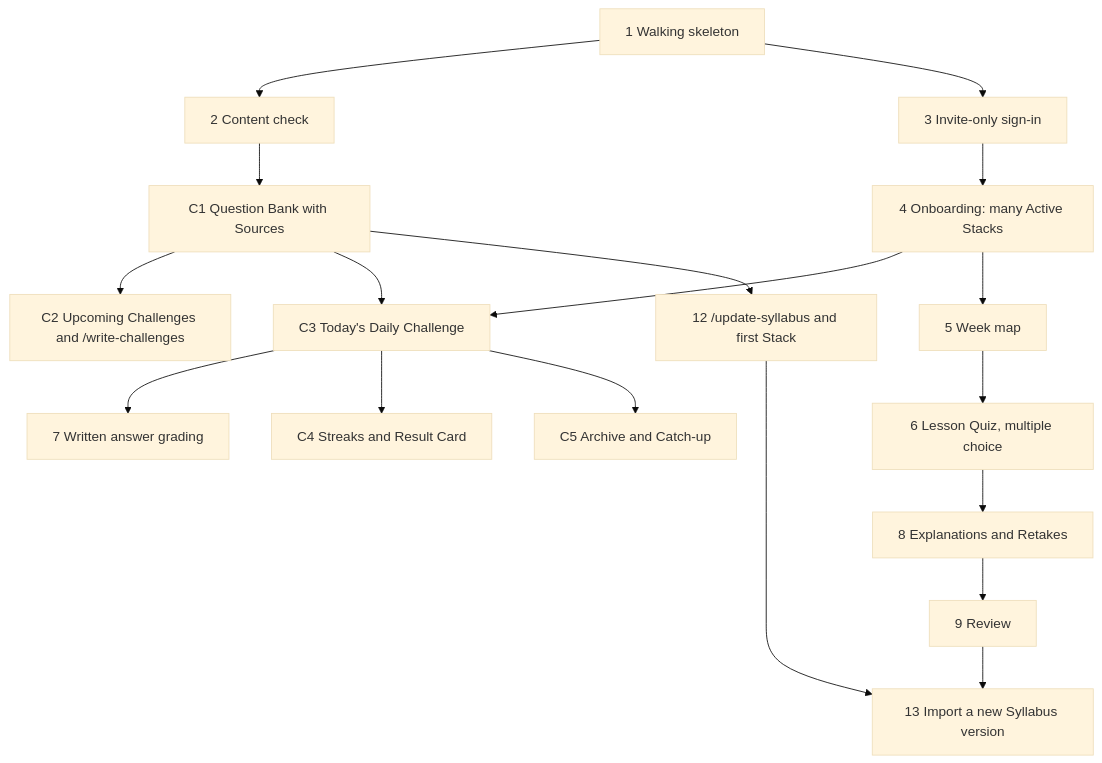
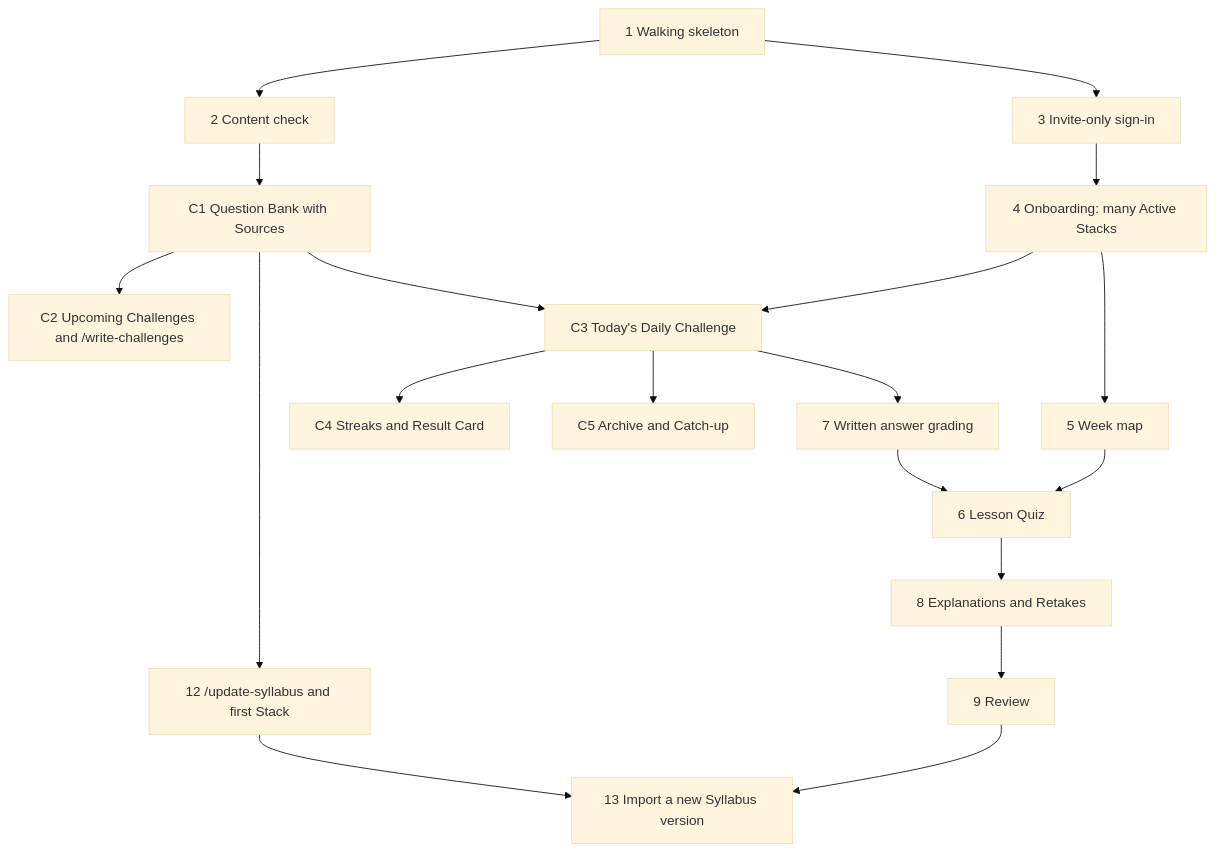
One commit to fahim36/InterviewCrackerAssistant changed the diagram in docs/implementation-order.md. Above: the diagram before and after it, drawn with Mermaid (base theme). The commit also changed other lines of this file, not shown here.

Commit message:
Make Lesson Quiz depend on written-answer grading in the build order

````diff
--- a/docs/implementation-order.md
+++ b/docs/implementation-order.md
@@ -31,20 +32,21 @@
 ```mermaid
 graph TD
   T1[1 Walking skeleton] --> T2[2 Content check]
   T1 --> T3[3 Invite-only sign-in]
   T2 --> C1[C1 Question Bank with Sources]
   C1 --> C2[C2 Upcoming Challenges and /write-challenges]
   T3 --> T4[4 Onboarding: many Active Stacks]
   T4 --> C3[C3 Today's Daily Challenge]
   C1 --> C3
   C3 --> T7[7 Written answer grading]
   C3 --> C4[C4 Streaks and Result Card]
   C3 --> C5[C5 Archive and Catch-up]
   T4 --> T5[5 Week map]
-  T5 --> T6[6 Lesson Quiz, multiple choice]
+  T5 --> T6[6 Lesson Quiz]
+  T7 --> T6
   T6 --> T8[8 Explanations and Retakes]
   T8 --> T9[9 Review]
   C1 --> T12[12 /update-syllabus and first Stack]
   T9 --> T13[13 Import a new Syllabus version]
   T12 --> T13
 ```
````
